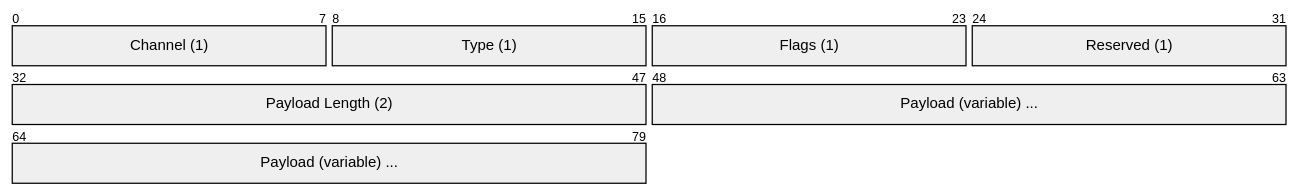
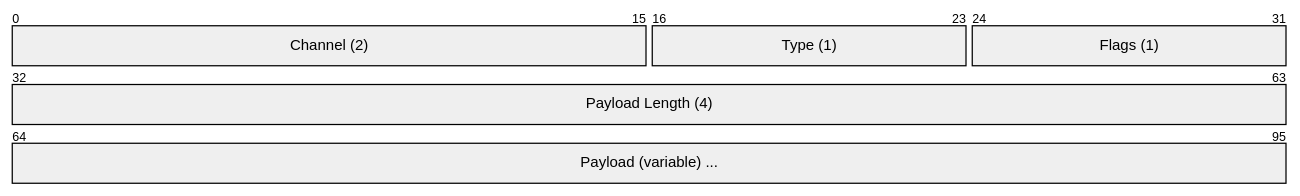
The second of 16 diagrams in README.md (deftai/xumux), drawn with Mermaid before and after one commit. The commit also changed other lines of this file and 6 other files, not shown here.

````diff
--- a/README.md
+++ b/README.md
@@ -84,10 +84,9 @@
 ```mermaid
 %%{init: {'theme': 'base', 'themeVariables': {'primaryTextColor': '#000000', 'secondaryTextColor': '#000000', 'tertiaryTextColor': '#000000', 'noteTextColor': '#000000', 'primaryColor': '#909090', 'secondaryColor': '#808080', 'tertiaryColor': '#707070', 'lineColor': '#404040', 'clusterBkg': '#c0c0c0', 'clusterBorder': '#606060'}}}%%
 packet-beta
-  0-7: "Channel (1)"
-  8-15: "Type (1)"
-  16-23: "Flags (1)"
-  24-31: "Reserved (1)"
-  32-47: "Payload Length (2)"
-  48-79: "Payload (variable) ..."
+  0-15: "Channel (2)"
+  16-23: "Type (1)"
+  24-31: "Flags (1)"
+  32-63: "Payload Length (4)"
+  64-95: "Payload (variable) ..."
 ```
````
